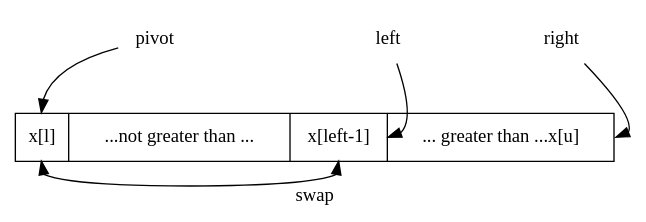
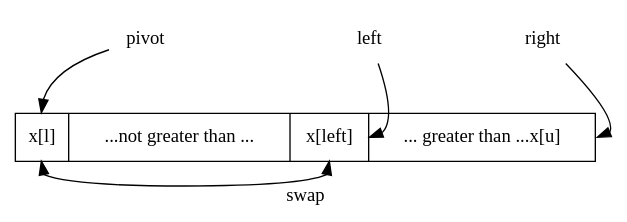
One commit to liuxinyu95/AlgoXY changed the diagram in sorting/dc-sort/img/partition-1-way-finish.dot. Above: the diagram before and after it, drawn with Graphviz. The commit also changed 1 other file, not shown here.

```diff
--- a/sorting/dc-sort/img/partition-1-way-finish.dot
+++ b/sorting/dc-sort/img/partition-1-way-finish.dot
@@ -1,12 +1,12 @@
 digraph G{
 	node[shape=record]
-        lst[label="<p> x[l] | ...not greater than ... | <left> x[left-1] | <right> ... greater than ...x[u]"];
+        lst[label="<p> x[l] | ...not greater than ... | <left> x[left] | <right> ... greater than ...x[u]"];
         pivot[shape=plaintext];
         left[shape=plaintext];
         right[shape=plaintext];
         pivot->lst:p;
         left->lst:left:e;
         right->lst:right:e;
         lst:p:s->lst:left:s[label="swap", dir="both"];
 	{rank=same pivot->left->right[style=invis]}
 }
```
